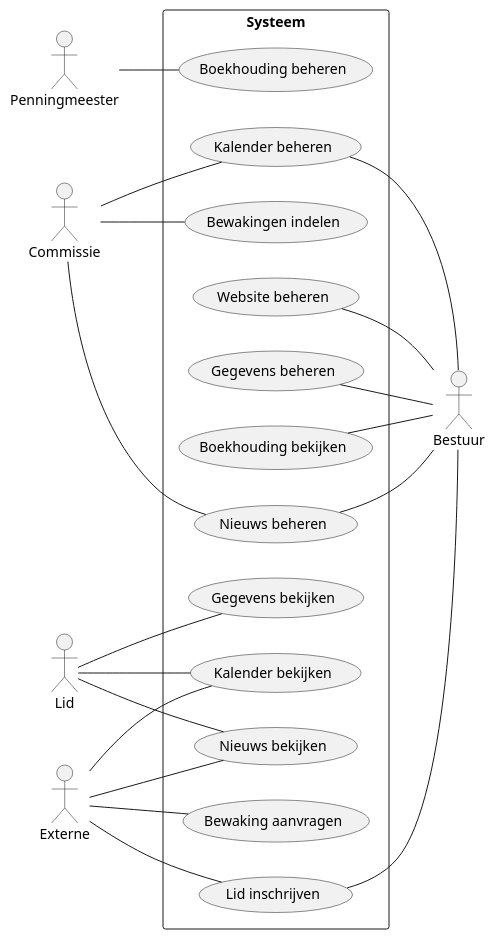
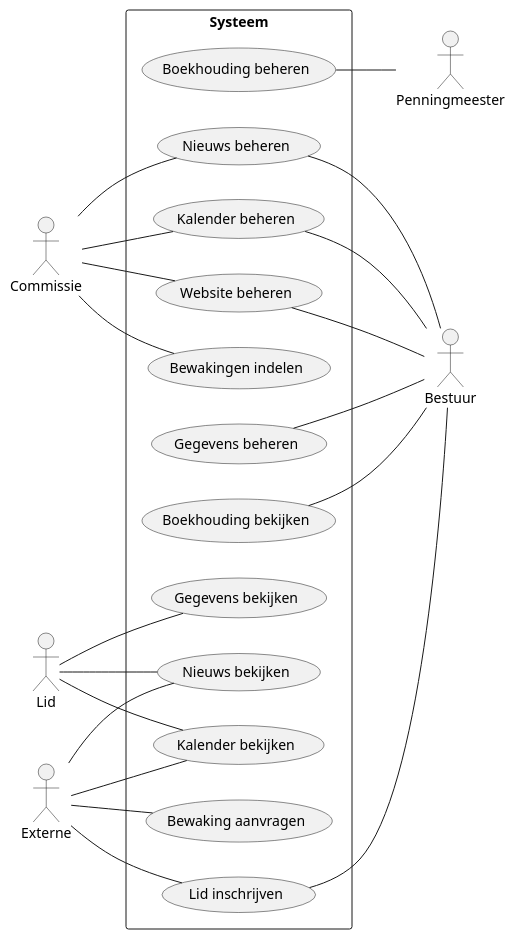
Before and after one commit to Jelmergu/ReddingsbrigadeDeventerDocs: the diagram in Diagrams/SoftwareArchitectureDocument/High_level_usecase_diagram.puml, drawn with PlantUML. The commit also changed 2 other files, not shown here.

```diff
--- a/Diagrams/SoftwareArchitectureDocument/High_level_usecase_diagram.puml
+++ b/Diagrams/SoftwareArchitectureDocument/High_level_usecase_diagram.puml
@@ -1,47 +1,48 @@
 @startuml
 left to right direction
 
 actor Bestuur
 actor Penningmeester
 actor Commissie
 actor Lid
 actor Externe
 
 rectangle Systeem {
     usecase "Website beheren"
     usecase "Lid inschrijven"
     usecase "Bewaking aanvragen"
     usecase "Bewakingen indelen"
     usecase "Kalender beheren"
     usecase "Kalender bekijken"
     usecase "Nieuws beheren"
     usecase "Nieuws bekijken"
     usecase "Gegevens beheren"
     usecase "Gegevens bekijken"
     usecase "Boekhouding beheren"
     usecase "Boekhouding bekijken"
 }
 
 Bestuur -u- (Boekhouding bekijken)
 Bestuur -u- (Gegevens beheren)
 Bestuur -u- (Website beheren)
 Bestuur -u- (Kalender beheren)
 Bestuur -u- (Nieuws beheren)
 Bestuur -u- (Lid inschrijven)
 
-Penningmeester -- (Boekhouding beheren)
+Penningmeester -u- (Boekhouding beheren)
 
 Commissie -- (Kalender beheren)
 Commissie --  (Nieuws beheren)
 Commissie -- (Bewakingen indelen)
+Commissie -- (Website beheren)
 
 Lid -- (Gegevens bekijken)
 Lid -- (Kalender bekijken)
 Lid -- (Nieuws bekijken)
 
 Externe -- (Lid inschrijven)
 Externe -- (Bewaking aanvragen)
 Externe -- (Kalender bekijken)
 Externe -- (Nieuws bekijken)
 
 @enduml
```
